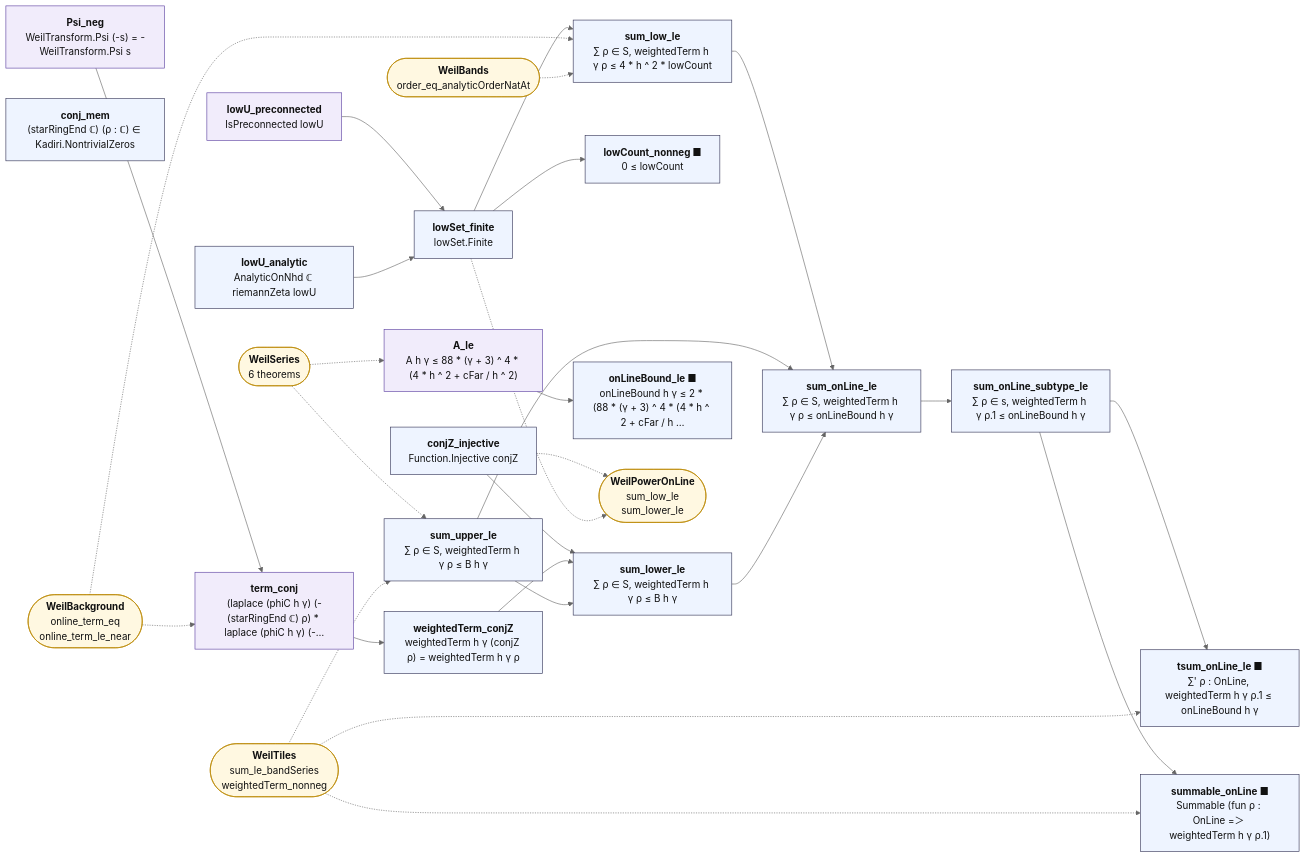
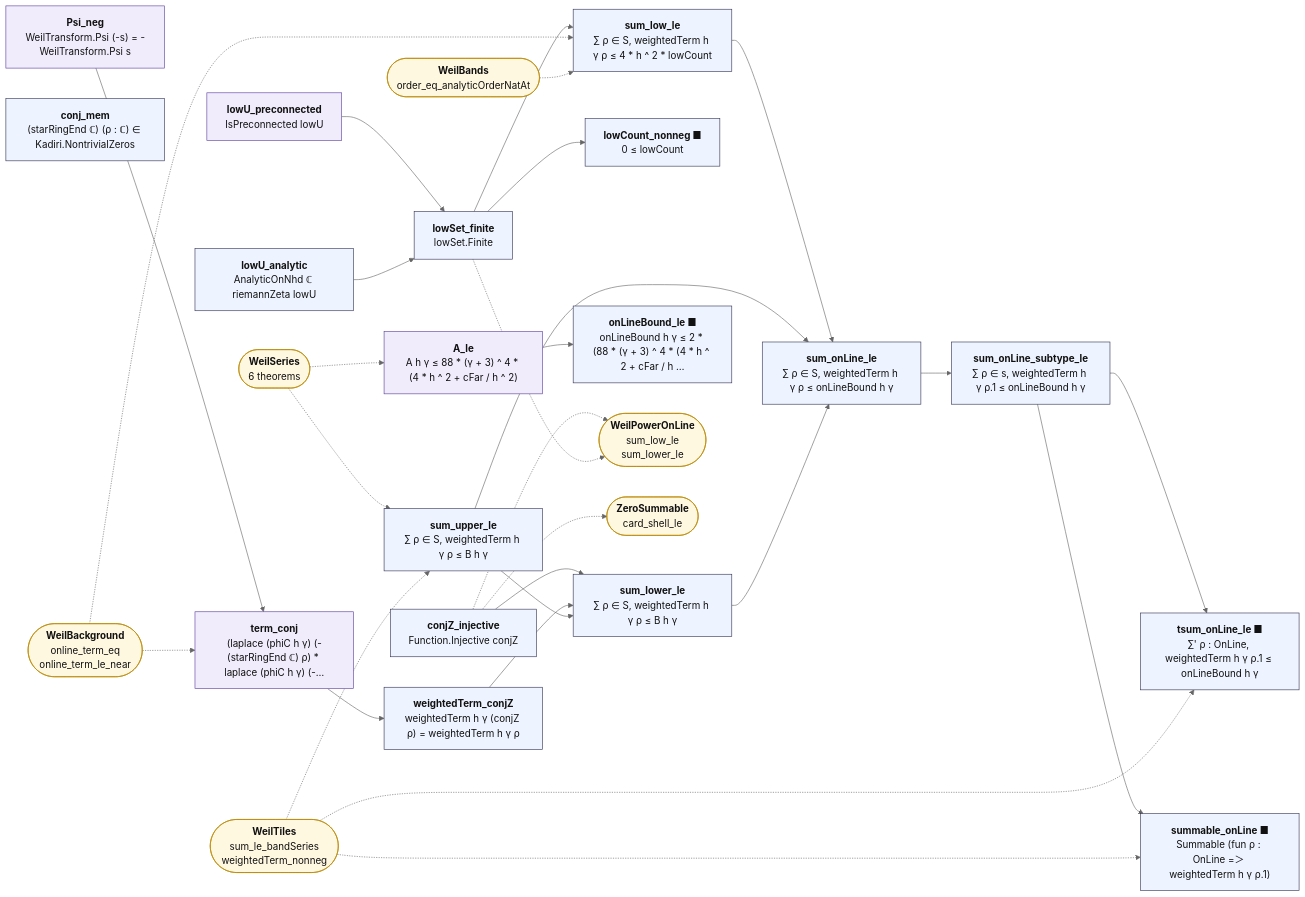
The diagram in map/lean_stage3/WeilOnLine.mmd (juliansambranojr/Primebeat_081426), drawn with Mermaid (neutral theme) before and after one commit. The commit also changed 42 other files, not shown here.

First line of the commit message:
C6b: the zeros right of any line beyond one half have summable order over size (unit 0455)

```diff
--- a/map/lean_stage3/WeilOnLine.mmd
+++ b/map/lean_stage3/WeilOnLine.mmd
@@ -1,58 +1,60 @@
 flowchart LR
   n0["<b>Psi_neg</b><br/>WeilTransform.Psi (-s) = -WeilTransform.Psi s"]:::shp
   n1["<b>term_conj</b><br/>(laplace (phiC h γ) (-(starRingEnd ℂ) ρ) * laplace (phiC h γ) (-…"]:::shp
   n2["<b>conj_mem</b><br/>(starRingEnd ℂ) (ρ : ℂ) ∈ Kadiri.NontrivialZeros"]:::thm
   n3["<b>conjZ_injective</b><br/>Function.Injective conjZ"]:::thm
   n4["<b>weightedTerm_conjZ</b><br/>weightedTerm h γ (conjZ ρ) = weightedTerm h γ ρ"]:::thm
   n5["<b>sum_upper_le</b><br/>∑ ρ ∈ S, weightedTerm h γ ρ ≤ B h γ"]:::thm
   n6["<b>sum_lower_le</b><br/>∑ ρ ∈ S, weightedTerm h γ ρ ≤ B h γ"]:::thm
   n7["<b>lowU_preconnected</b><br/>IsPreconnected lowU"]:::shp
   n8["<b>lowU_analytic</b><br/>AnalyticOnNhd ℂ riemannZeta lowU"]:::thm
   n9["<b>lowSet_finite</b><br/>lowSet.Finite"]:::thm
   n10["<b>lowCount_nonneg ■</b><br/>0 ≤ lowCount"]:::thm
   n11["<b>sum_low_le</b><br/>∑ ρ ∈ S, weightedTerm h γ ρ ≤ 4 * h ^ 2 * lowCount"]:::thm
   n12["<b>sum_onLine_le</b><br/>∑ ρ ∈ S, weightedTerm h γ ρ ≤ onLineBound h γ"]:::thm
   n13["<b>sum_onLine_subtype_le</b><br/>∑ ρ ∈ s, weightedTerm h γ ρ.1 ≤ onLineBound h γ"]:::thm
   n14["<b>tsum_onLine_le ■</b><br/>∑' ρ : OnLine, weightedTerm h γ ρ.1 ≤ onLineBound h γ"]:::thm
   n15["<b>summable_onLine ■</b><br/>Summable (fun ρ : OnLine =＞ weightedTerm h γ ρ.1)"]:::thm
   n16["<b>A_le</b><br/>A h γ ≤ 88 * (γ + 3) ^ 4 * (4 * h ^ 2 + cFar / h ^ 2)"]:::shp
   n17["<b>onLineBound_le ■</b><br/>onLineBound h γ ≤ 2 * (88 * (γ + 3) ^ 4 * (4 * h ^ 2 + cFar / h …"]:::thm
   x0(["<b>WeilBackground</b><br/>online_term_eq<br/>online_term_le_near"]):::ext
   x1(["<b>WeilPowerOnLine</b><br/>sum_low_le<br/>sum_lower_le"]):::ext
-  x2(["<b>WeilSeries</b><br/>6 theorems"]):::ext
-  x3(["<b>WeilTiles</b><br/>sum_le_bandSeries<br/>weightedTerm_nonneg"]):::ext
-  x4(["<b>WeilBands</b><br/>order_eq_analyticOrderNatAt"]):::ext
+  x2(["<b>ZeroSummable</b><br/>card_shell_le"]):::ext
+  x3(["<b>WeilSeries</b><br/>6 theorems"]):::ext
+  x4(["<b>WeilTiles</b><br/>sum_le_bandSeries<br/>weightedTerm_nonneg"]):::ext
+  x5(["<b>WeilBands</b><br/>order_eq_analyticOrderNatAt"]):::ext
   n0 --> n1
   n1 --> n4
   n11 --> n12
   n12 --> n13
   n13 --> n14
   n13 --> n15
   n16 --> n17
   n3 --> n6
   n4 --> n6
   n5 --> n12
   n5 --> n6
   n6 --> n12
   n7 --> n9
   n8 --> n9
   n9 --> n10
   n9 --> n11
   n3 -.-> x1
+  n3 -.-> x2
   n9 -.-> x1
   x0 -.-> n1
   x0 -.-> n11
-  x2 -.-> n16
-  x2 -.-> n5
-  x3 -.-> n14
-  x3 -.-> n15
+  x3 -.-> n16
   x3 -.-> n5
-  x4 -.-> n11
+  x4 -.-> n14
+  x4 -.-> n15
+  x4 -.-> n5
+  x5 -.-> n11
   classDef cnt fill:#dff5ec,stroke:#17694a,color:#111
   classDef shp fill:#f1ecfb,stroke:#5b3fa0,color:#111
   classDef rh fill:#ffe5e5,stroke:#c22,color:#111,stroke-width:2px
   classDef thm fill:#eef4ff,stroke:#335,color:#111
   classDef end_ fill:#e7f7e7,stroke:#2a7,color:#111,stroke-width:2px
   classDef lone fill:#fff,stroke:#999,color:#111,stroke-dasharray:4 3
   classDef bad fill:#ffe5e5,stroke:#c22,color:#111,stroke-width:2px
   classDef ext fill:#fff8e1,stroke:#b80,color:#111
```
